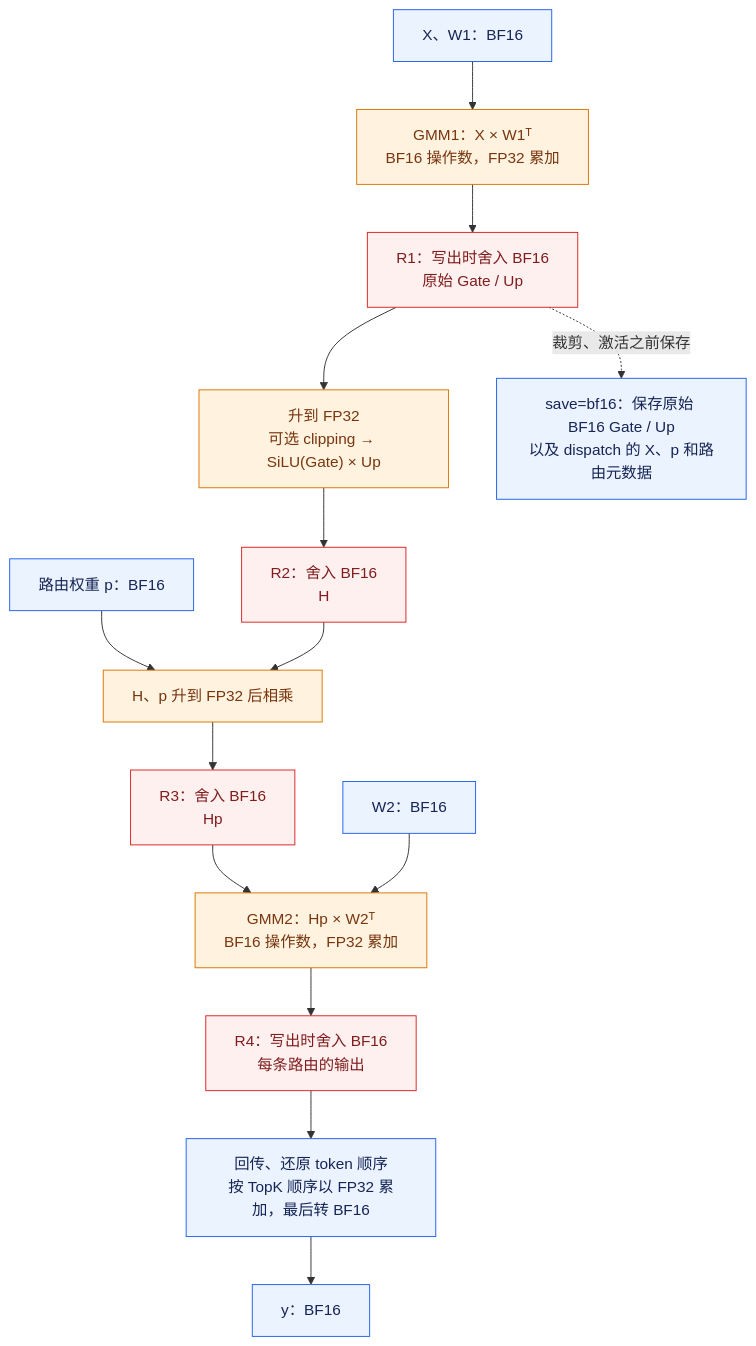
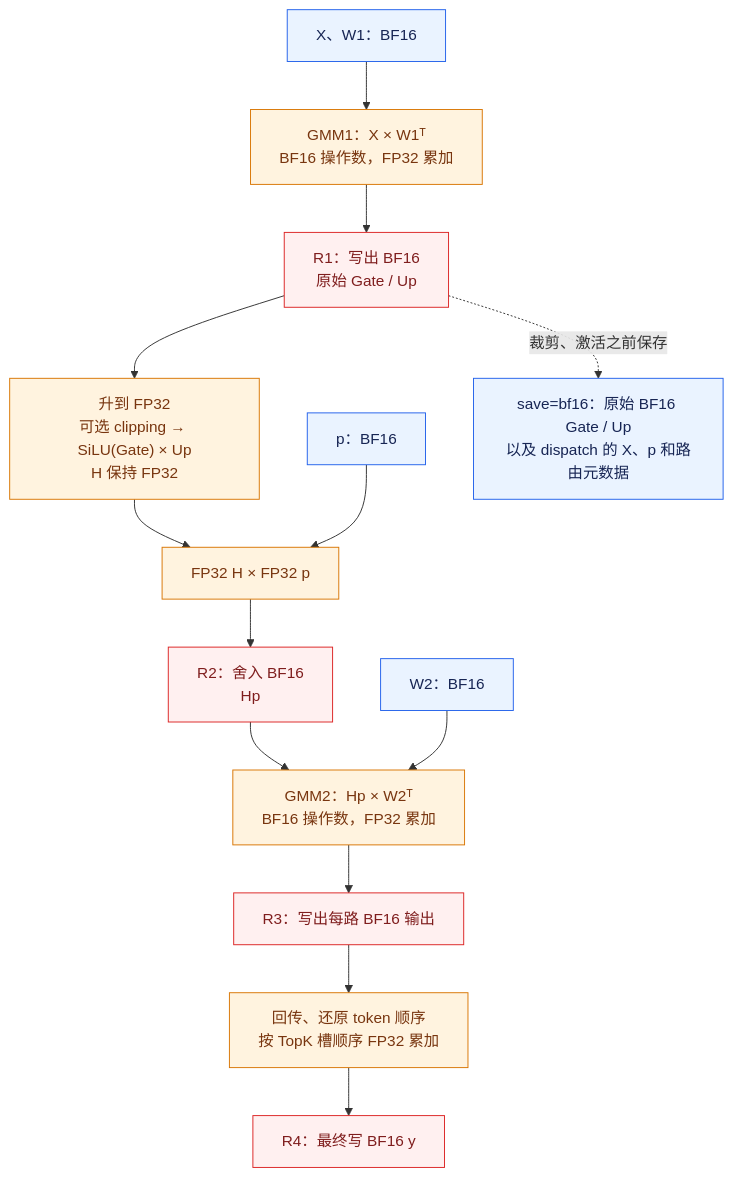
One commit to Gff0323/DeepEP_xx changed the first of 2 diagrams in experiments/megamoe_train/docs/BF16_SWIGLU_NUMERICS.md. Above: the diagram before and after it, drawn with Mermaid. The commit also changed other lines of this file and 71 other files, not shown here.

````diff
--- a/experiments/megamoe_train/docs/BF16_SWIGLU_NUMERICS.md
+++ b/experiments/megamoe_train/docs/BF16_SWIGLU_NUMERICS.md
@@ -17,20 +13,18 @@
 ```mermaid
 flowchart TB
     X["X、W1：BF16"]:::bf16 --> G1["GMM1：X × W1ᵀ<br/>BF16 操作数，FP32 累加"]:::fp32
-    G1 --> R1["R1：写出时舍入 BF16<br/>原始 Gate / Up"]:::rounding
-    R1 --> ACT["升到 FP32<br/>可选 clipping → SiLU(Gate) × Up"]:::fp32
-    ACT --> R2["R2：舍入 BF16<br/>H"]:::rounding
-    P["路由权重 p：BF16"]:::bf16 --> WEIGHT
-    R2 --> WEIGHT["H、p 升到 FP32 后相乘"]:::fp32
-    WEIGHT --> R3["R3：舍入 BF16<br/>Hp"]:::rounding
-    R3 --> G2["GMM2：Hp × W2ᵀ<br/>BF16 操作数，FP32 累加"]:::fp32
+    G1 --> R1["R1：写出 BF16<br/>原始 Gate / Up"]:::rounding
+    R1 --> ACT["升到 FP32<br/>可选 clipping → SiLU(Gate) × Up<br/>H 保持 FP32"]:::fp32
+    ACT --> WEIGHT["FP32 H × FP32 p"]:::fp32
+    P["p：BF16"]:::bf16 --> WEIGHT
+    WEIGHT --> R2["R2：舍入 BF16<br/>Hp"]:::rounding
+    R2 --> G2["GMM2：Hp × W2ᵀ<br/>BF16 操作数，FP32 累加"]:::fp32
     W2["W2：BF16"]:::bf16 --> G2
-    G2 --> R4["R4：写出时舍入 BF16<br/>每条路由的输出"]:::rounding
-    R4 --> COMBINE["回传、还原 token 顺序<br/>按 TopK 顺序以 FP32 累加，最后转 BF16"]:::bf16
-    COMBINE --> Y["y：BF16"]:::bf16
-    R1 -. "裁剪、激活之前保存" .-> SAVE["save=bf16：保存原始 BF16 Gate / Up<br/>以及 dispatch 的 X、p 和路由元数据"]:::bf16
-
+    G2 --> R3["R3：写出每路 BF16 输出"]:::rounding
+    R3 --> COMBINE["回传、还原 token 顺序<br/>按 TopK 槽顺序 FP32 累加"]:::fp32
+    COMBINE --> Y["R4：最终写 BF16 y"]:::rounding
+    R1 -. "裁剪、激活之前保存" .-> SAVE["save=bf16：原始 BF16 Gate / Up<br/>以及 dispatch 的 X、p 和路由元数据"]:::bf16
     classDef bf16 fill:#eaf3ff,stroke:#2563eb,color:#172554;
     classDef fp32 fill:#fff3df,stroke:#d97706,color:#78350f;
     classDef rounding fill:#fff0f0,stroke:#dc2626,color:#7f1d1d;
 ```
````
